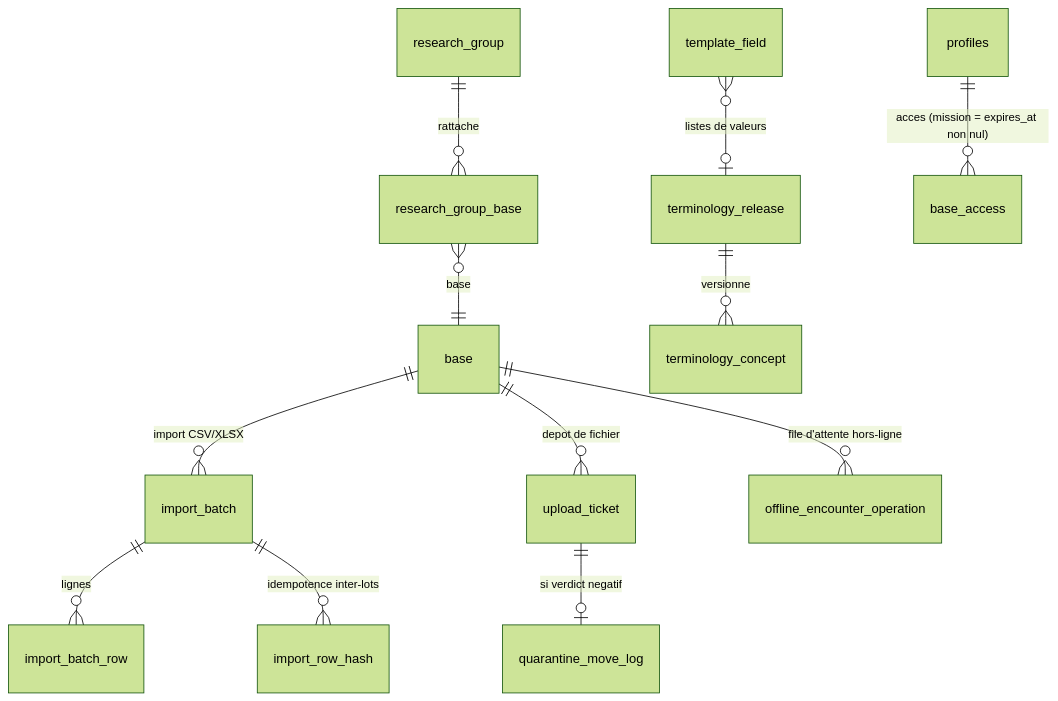
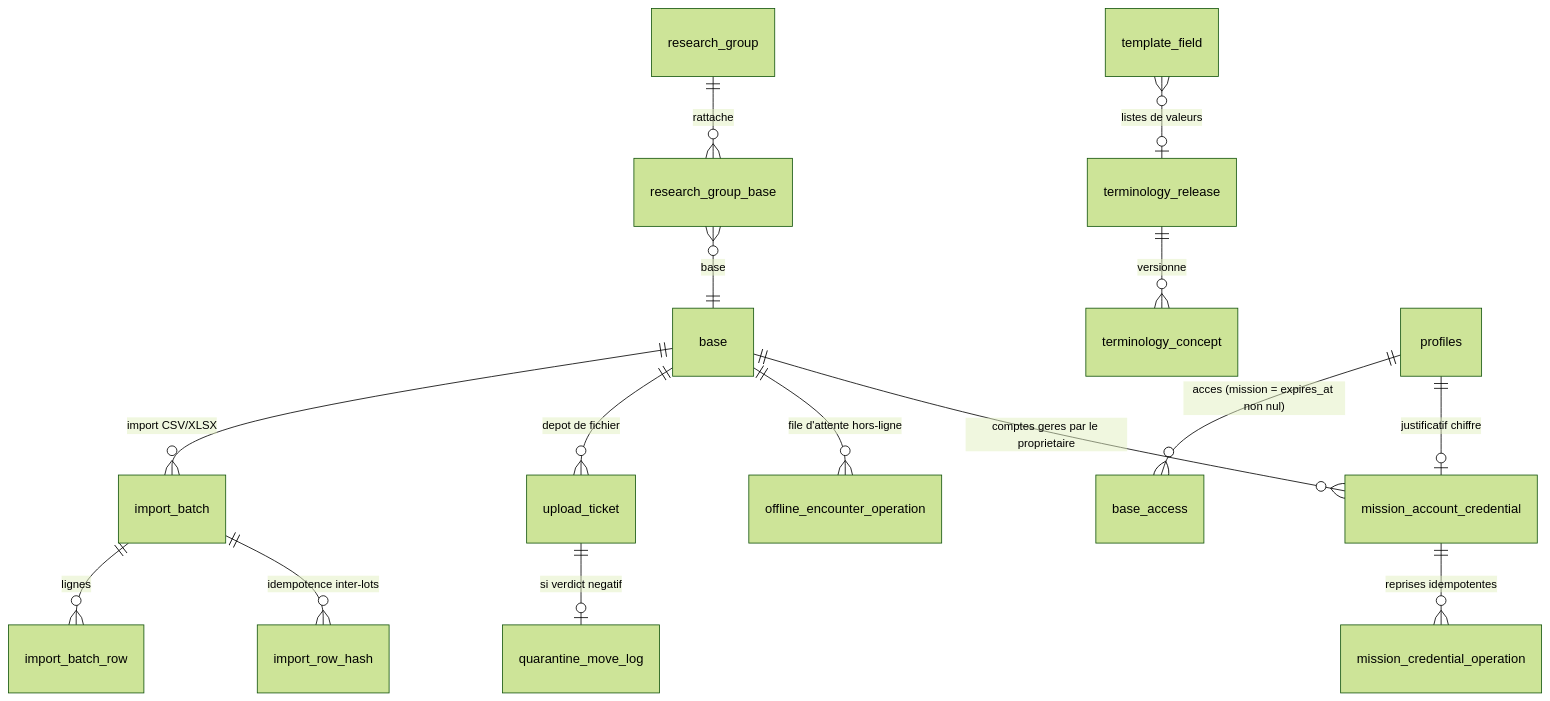
One commit to Allmight2002/Gestion-de-donn-es-m-dicales changed the second of 2 diagrams in docs/architecture.md. Above: the diagram before and after it, drawn with Mermaid (forest theme). The commit also changed other lines of this file and 39 other files, not shown here.

Commit message:
feat: manage mission account credentials

````diff
--- a/docs/architecture.md
+++ b/docs/architecture.md
@@ -145,19 +146,22 @@
 ```mermaid
 erDiagram
     base ||--o{ import_batch : "import CSV/XLSX"
     import_batch ||--o{ import_batch_row : lignes
     import_batch ||--o{ import_row_hash : "idempotence inter-lots"
 
     base ||--o{ upload_ticket : "depot de fichier"
     upload_ticket ||--o| quarantine_move_log : "si verdict negatif"
 
     base ||--o{ offline_encounter_operation : "file d'attente hors-ligne"
 
     research_group ||--o{ research_group_base : rattache
     research_group_base }o--|| base : base
 
     terminology_release ||--o{ terminology_concept : versionne
     template_field }o--o| terminology_release : "listes de valeurs"
 
     profiles ||--o{ base_access : "acces (mission = expires_at non nul)"
+    profiles ||--o| mission_account_credential : "justificatif chiffre"
+    base ||--o{ mission_account_credential : "comptes geres par le proprietaire"
+    mission_account_credential ||--o{ mission_credential_operation : "reprises idempotentes"
 ```
````
